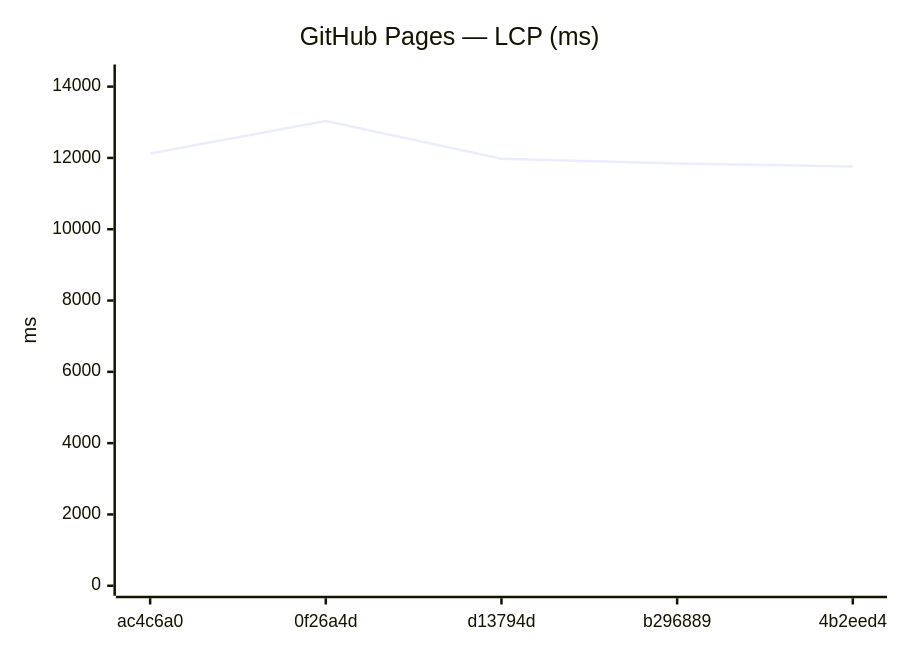
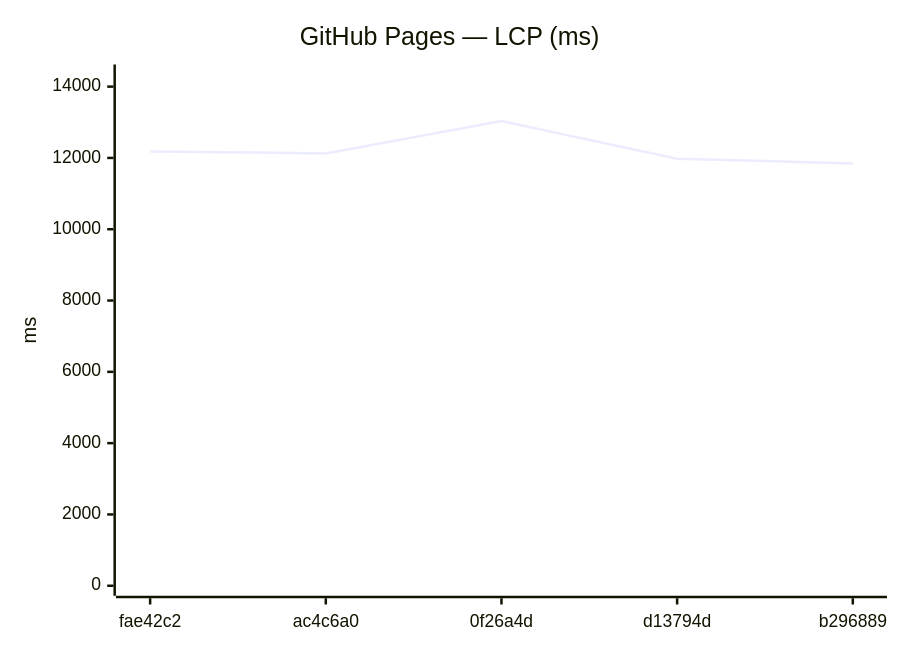
One commit to Metaheurist/Rianell changed the ninth of 18 diagrams in benchmarks/compare.md. Above: the diagram before and after it, drawn with Mermaid. The commit also changed other lines of this file and 11 other files, not shown here.

````diff
--- a/benchmarks/compare.md
+++ b/benchmarks/compare.md
@@ -142,7 +142,7 @@
 ```mermaid
 xychart-beta
     title "GitHub Pages — LCP (ms)"
-    x-axis ["ac4c6a0", "0f26a4d", "d13794d", "b296889", "4b2eed4"]
+    x-axis ["fae42c2", "ac4c6a0", "0f26a4d", "d13794d", "b296889"]
     y-axis "ms" 0 --> 14340
-    line [12127, 13036, 11979, 11847, 11759]
+    line [12180, 12127, 13036, 11979, 11847]
 ```
````
